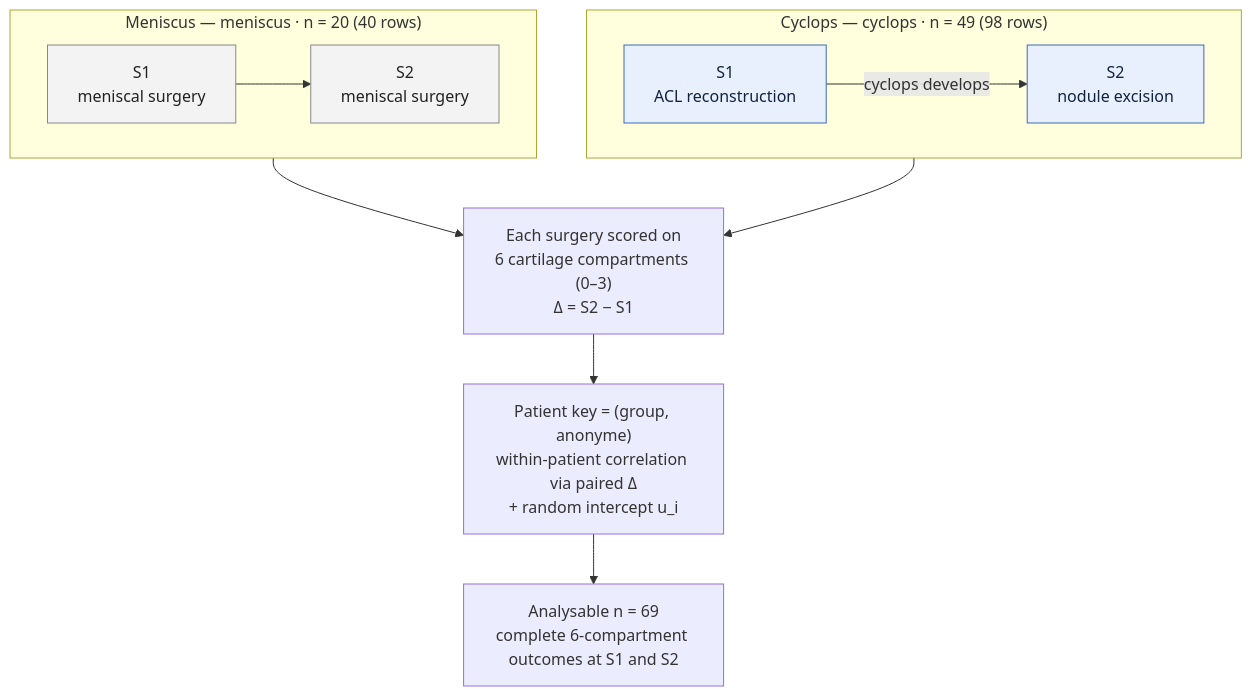
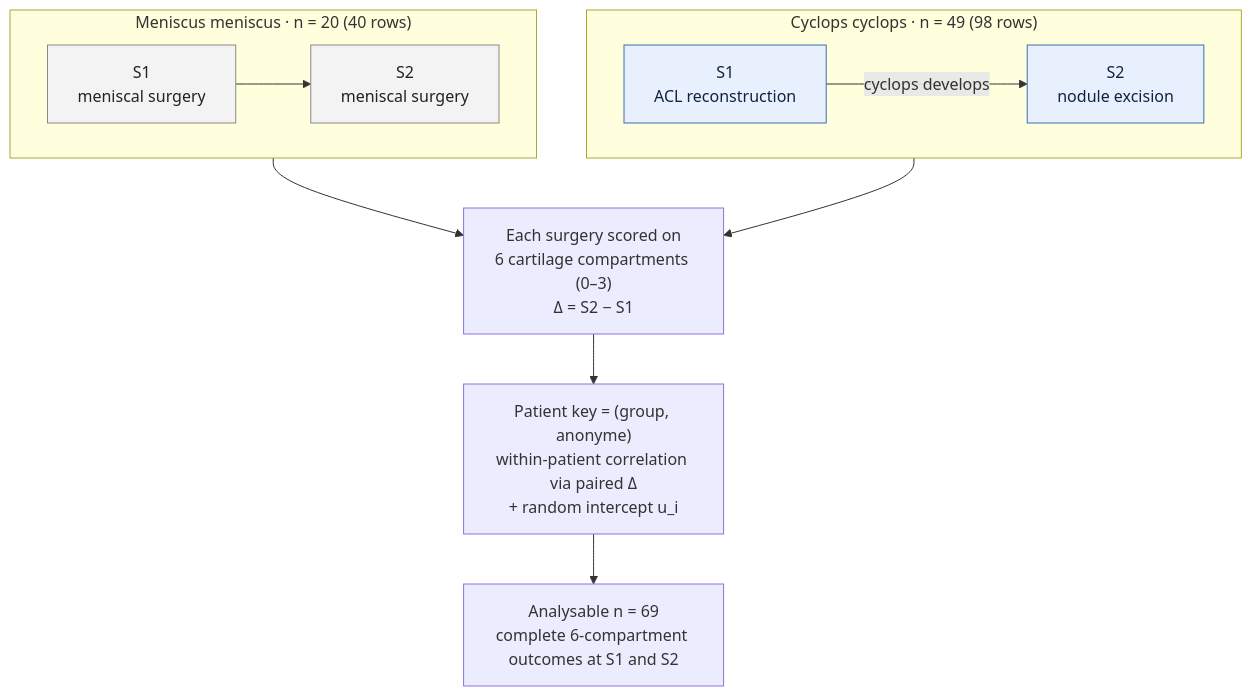
Before and after one commit to TomSOhm/cyclops_lesion_statistics: the second of 7 diagrams in paper/manuscript.md, drawn with Mermaid. The commit also changed other lines of this file and 29 other files, not shown here.

````diff
--- a/paper/manuscript.md
+++ b/paper/manuscript.md
@@ -97,19 +97,19 @@
 ```mermaid
 flowchart TB
-    subgraph CASES["Cyclops — cyclops · n = 49 (98 rows)"]
+    subgraph CASES["Cyclops  cyclops · n = 49 (98 rows)"]
         direction LR
         C1["S1<br/>ACL reconstruction"] -->|"cyclops develops"| C2["S2<br/>nodule excision"]
     end
-    subgraph CTRL["Meniscus — meniscus · n = 20 (40 rows)"]
+    subgraph CTRL["Meniscus  meniscus · n = 20 (40 rows)"]
         direction LR
         K1["S1<br/>meniscal surgery"] --> K2["S2<br/>meniscal surgery"]
     end
     C2 --> SCORE["Each surgery scored on<br/>6 cartilage compartments (0–3)<br/>Δ = S2 − S1"]
     K2 --> SCORE
     SCORE --> KEY["Patient key = (group, anonyme)<br/>within-patient correlation via paired Δ<br/>+ random intercept u_i"]
     KEY --> ANALYS["Analysable n = 69<br/>complete 6-compartment outcomes at S1 and S2"]
     classDef grp fill:#e8f0fe,stroke:#3b6db5,color:#11233f;
     classDef ctrl fill:#f3f3f3,stroke:#888,color:#222;
     class C1,C2 grp;
     class K1,K2 ctrl;
 ```
````
